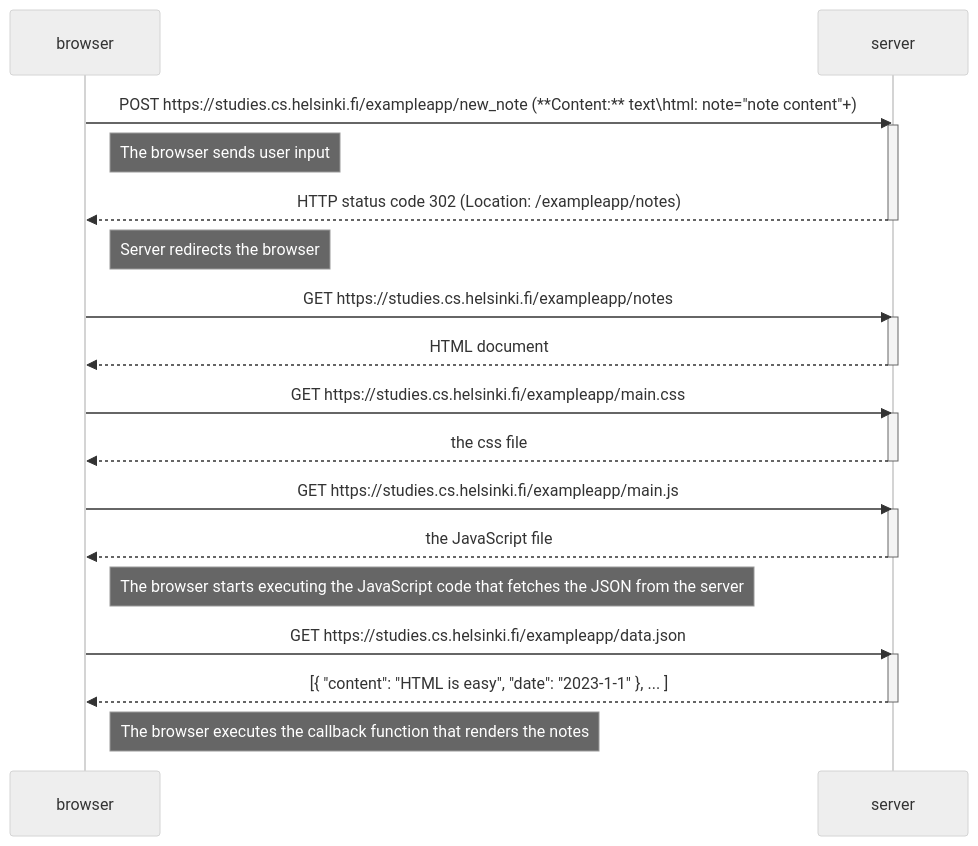
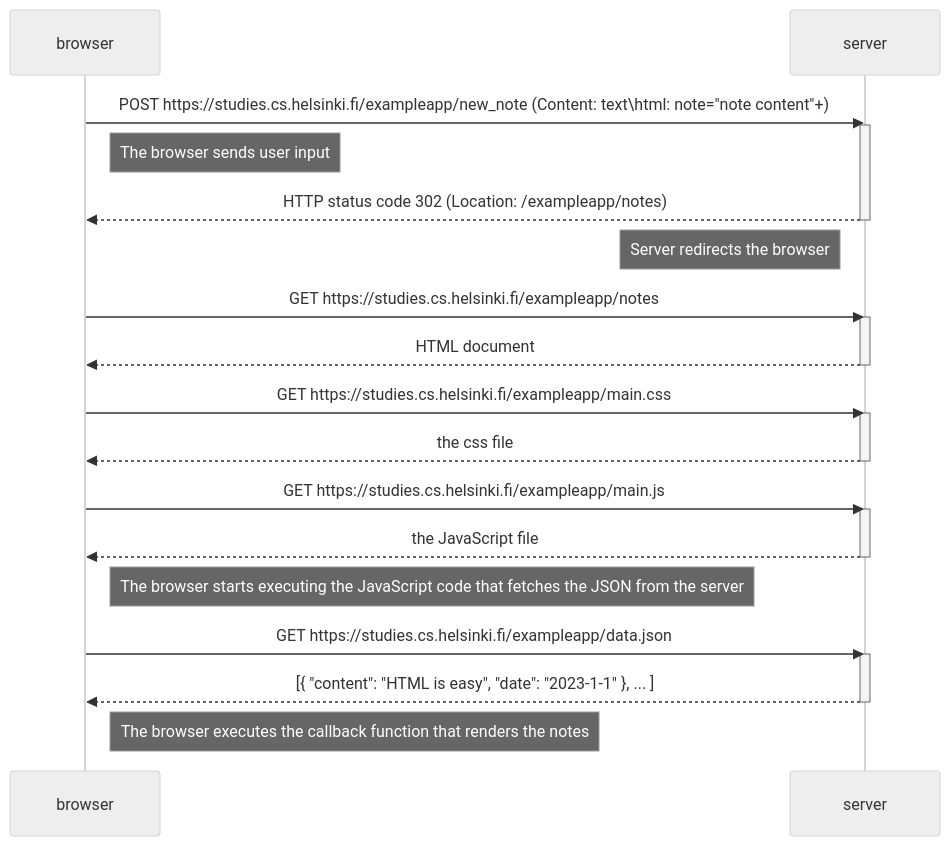
The diagram in diagram.md (Gr701/intro), drawn with Mermaid (neutral theme) before and after one commit.

````diff
--- a/diagram.md
+++ b/diagram.md
@@ -1,35 +1,35 @@
 ```mermaid
     sequenceDiagram
                 
-        browser->>server: POST https://studies.cs.helsinki.fi/exampleapp/new_note (**Content:** text\html: note="note content"+)
+        browser->>server: POST https://studies.cs.helsinki.fi/exampleapp/new_note (Content: text\html: note="note content"+)
         activate server
         Note right of browser: The browser sends user input
         server-->>browser: HTTP status code 302 (Location: /exampleapp/notes)
         deactivate server
-        Note right of browser: Server redirects the browser
+        Note left of server: Server redirects the browser
         
         browser->>server: GET https://studies.cs.helsinki.fi/exampleapp/notes
         activate server
         server-->>browser: HTML document
         deactivate server
     
         browser->>server: GET https://studies.cs.helsinki.fi/exampleapp/main.css
         activate server
         server-->>browser: the css file
         deactivate server
     
         browser->>server: GET https://studies.cs.helsinki.fi/exampleapp/main.js
         activate server
         server-->>browser: the JavaScript file
         deactivate server
     
         Note right of browser: The browser starts executing the JavaScript code that fetches the JSON from the server
     
         browser->>server: GET https://studies.cs.helsinki.fi/exampleapp/data.json
         activate server
         server-->>browser: [{ "content": "HTML is easy", "date": "2023-1-1" }, ... ]
         deactivate server
     
         Note right of browser: The browser executes the callback function that renders the notes
                              
 ```
````
